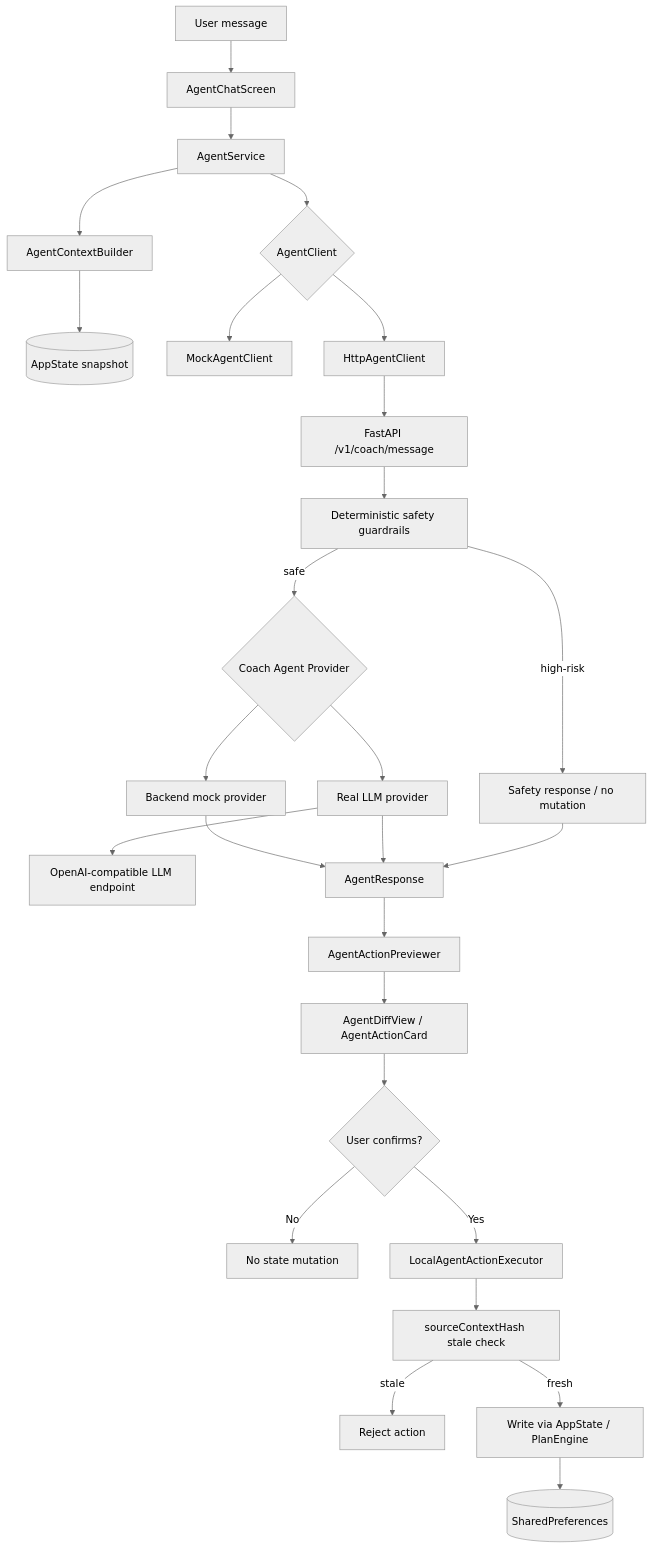
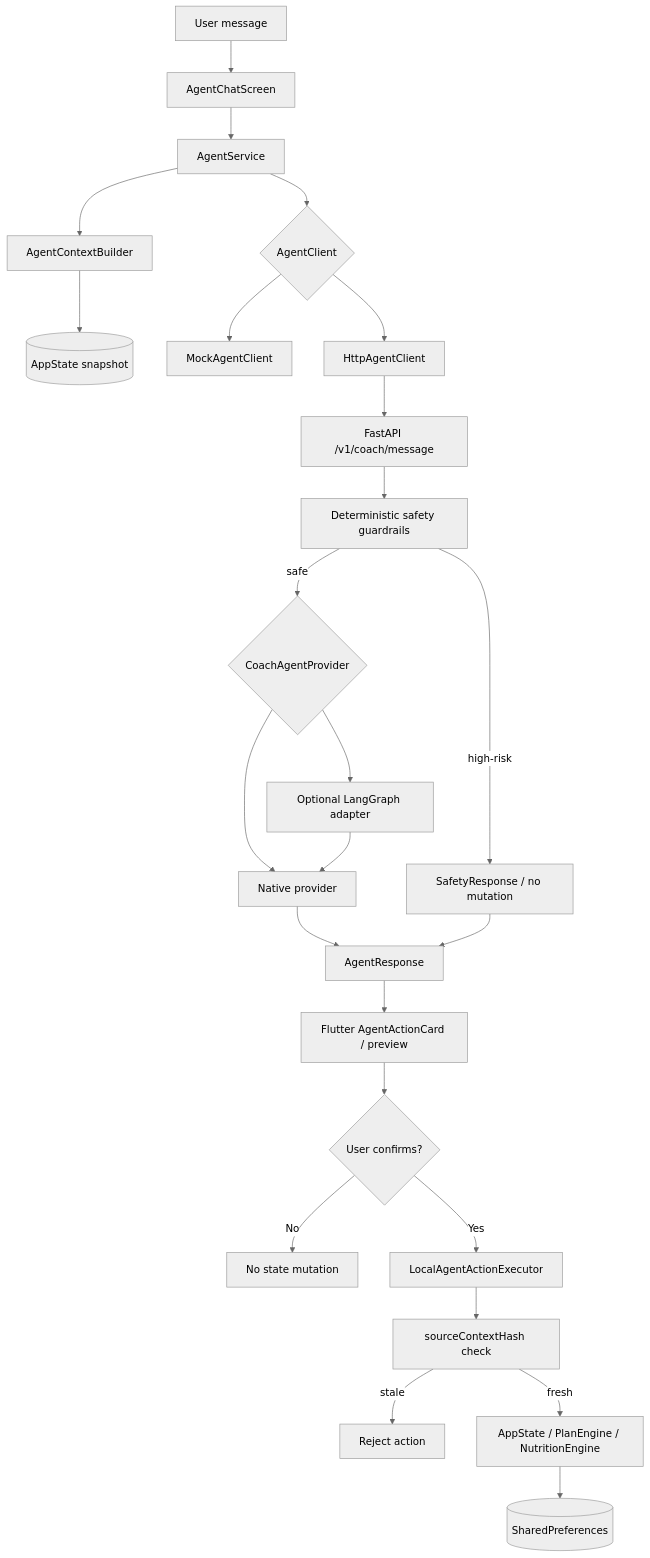
The first of 2 diagrams in docs/agent_architecture_diagram.md (JassonG-xt/Fit_Forge), drawn with Mermaid (neutral theme) before and after one commit. The commit also changed other lines of this file and 11 other files, not shown here.

First line of the commit message:
docs(agent): document orchestration evals and demo flow

````diff
--- a/docs/agent_architecture_diagram.md
+++ b/docs/agent_architecture_diagram.md
@@ -24,35 +13,32 @@
 ```mermaid
 flowchart TD
     U[User message] --> ACS[AgentChatScreen]
     ACS --> AS[AgentService]
     AS --> ACB[AgentContextBuilder]
     ACB --> APP[(AppState snapshot)]
     AS --> AC{AgentClient}
 
     AC --> MAC[MockAgentClient]
     AC --> HAC[HttpAgentClient]
     HAC --> API[FastAPI /v1/coach/message]
 
     API --> SG[Deterministic safety guardrails]
-    SG -->|high-risk| SR[Safety response / no mutation]
-    SG -->|safe| PROV{Coach Agent Provider}
+    SG -->|high-risk| SR[SafetyResponse / no mutation]
+    SG -->|safe| PROV{CoachAgentProvider}
 
-    PROV --> MOCK[Backend mock provider]
-    PROV --> REAL[Real LLM provider]
-    REAL --> LLM[OpenAI-compatible LLM endpoint]
+    PROV --> NATIVE[Native provider]
+    PROV --> LG[Optional LangGraph adapter]
+    LG --> NATIVE
 
-    MOCK --> AR[AgentResponse]
-    REAL --> AR
+    NATIVE --> AR[AgentResponse]
     SR --> AR
 
-    AR --> AP[AgentActionPreviewer]
-    AP --> ADV[AgentDiffView / AgentActionCard]
-    ADV --> CONFIRM{User confirms?}
-
+    AR --> PREVIEW[Flutter AgentActionCard / preview]
+    PREVIEW --> CONFIRM{User confirms?}
     CONFIRM -->|No| CANCEL[No state mutation]
     CONFIRM -->|Yes| EXEC[LocalAgentActionExecutor]
-    EXEC --> HASH[sourceContextHash stale check]
+    EXEC --> HASH[sourceContextHash check]
     HASH -->|stale| REJECT[Reject action]
-    HASH -->|fresh| WRITE[Write via AppState / PlanEngine]
+    HASH -->|fresh| WRITE[AppState / PlanEngine / NutritionEngine]
     WRITE --> STORE[(SharedPreferences)]
 ```
````
